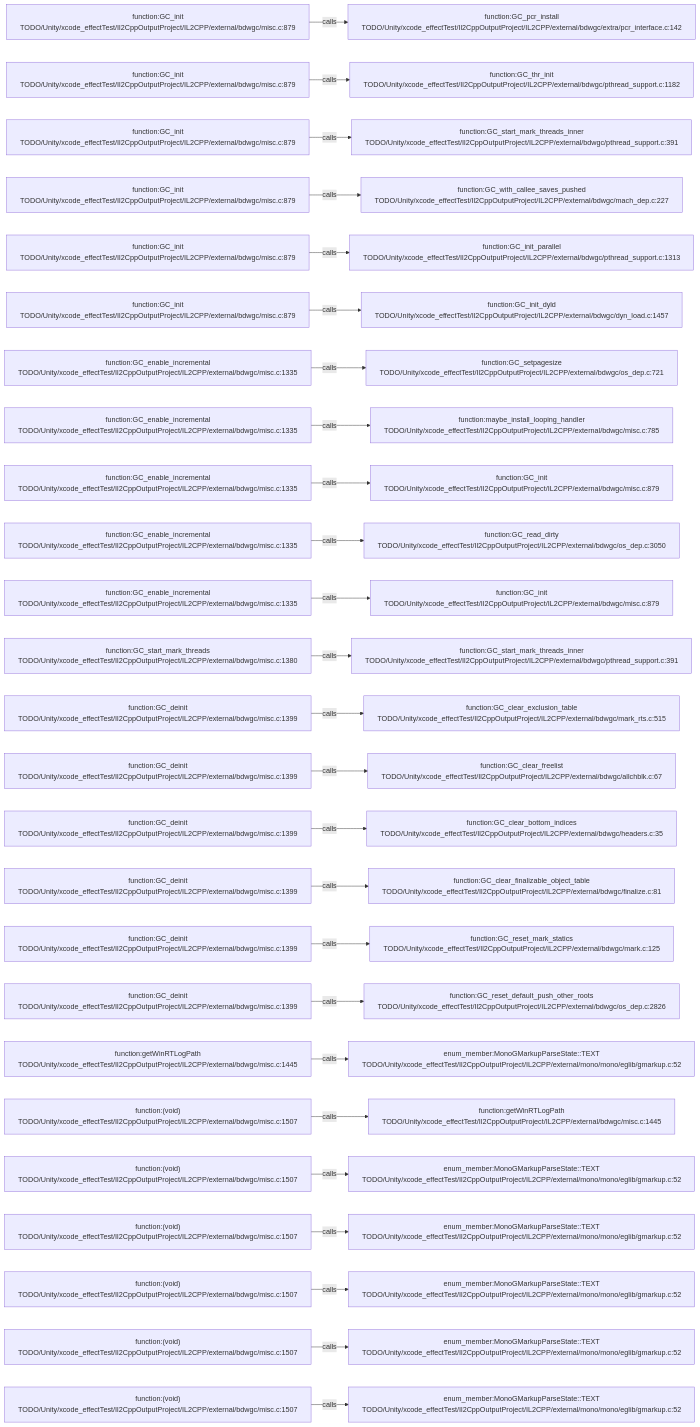
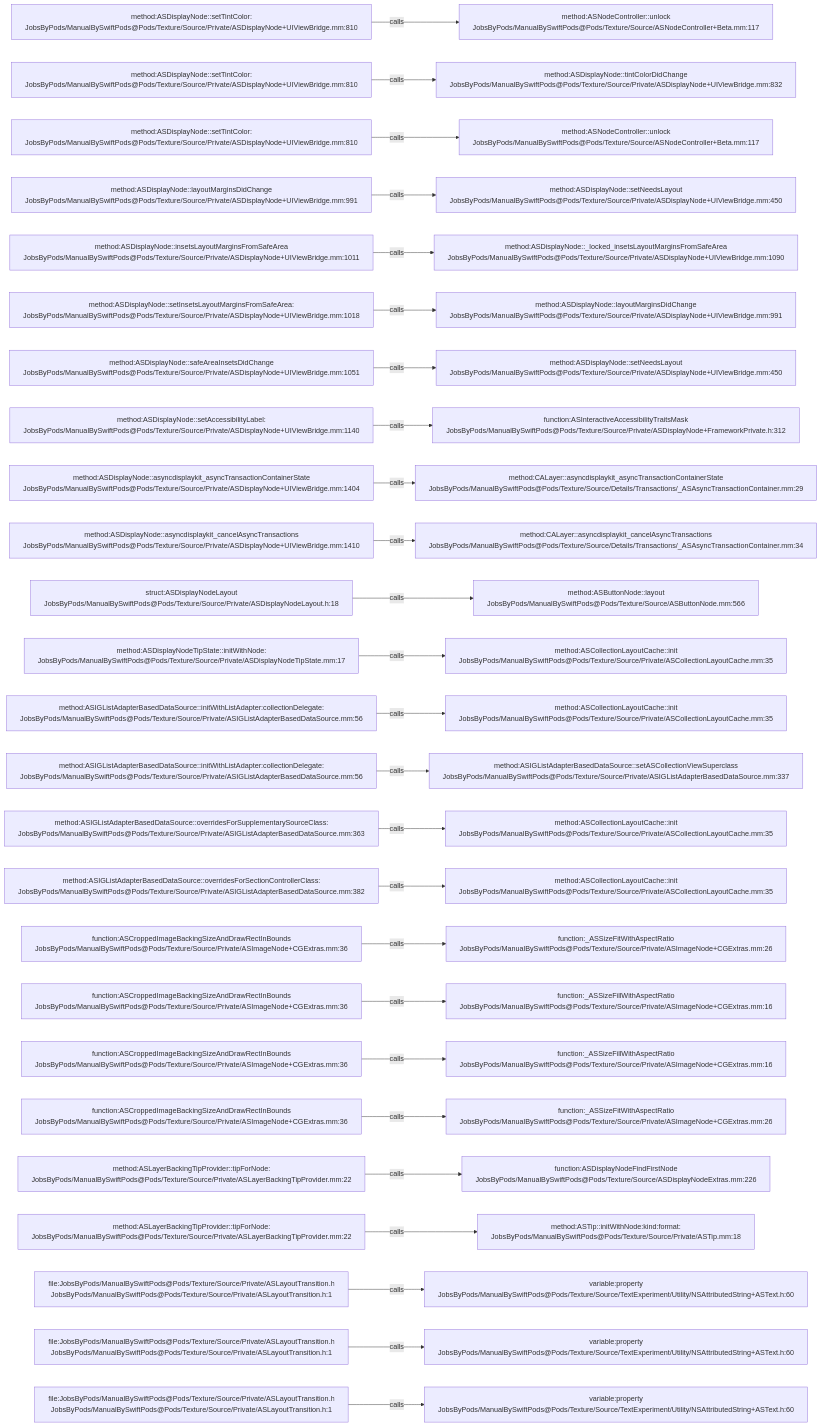
One commit to JobsKits/JobsSwiftBaseConfigDemo changed the diagram in .codegraph/codegraph.md/graphs/calls-139.md. Above: the diagram before and after it, drawn with Mermaid. The commit also changed 2959 other files, not shown here.

````diff
--- a/.codegraph/codegraph.md/graphs/calls-139.md
+++ b/.codegraph/codegraph.md/graphs/calls-139.md
@@ -13,78 +13,78 @@
 ```mermaid
 flowchart LR
-  S1["function:GC_init<br/>TODO/Unity/xcode_effectTest/Il2CppOutputProject/IL2CPP/external/bdwgc/misc.c:879"]
-  T1["function:GC_pcr_install<br/>TODO/Unity/xcode_effectTest/Il2CppOutputProject/IL2CPP/external/bdwgc/extra/pcr_interface.c:142"]
+  S1["method:ASDisplayNode::setTintColor:<br/>JobsByPods/ManualBySwiftPods@Pods/Texture/Source/Private/ASDisplayNode+UIViewBridge.mm:810"]
+  T1["method:ASNodeController::unlock<br/>JobsByPods/ManualBySwiftPods@Pods/Texture/Source/ASNodeController+Beta.mm:117"]
   S1 -->|calls| T1
-  S2["function:GC_init<br/>TODO/Unity/xcode_effectTest/Il2CppOutputProject/IL2CPP/external/bdwgc/misc.c:879"]
-  T2["function:GC_thr_init<br/>TODO/Unity/xcode_effectTest/Il2CppOutputProject/IL2CPP/external/bdwgc/pthread_support.c:1182"]
+  S2["method:ASDisplayNode::setTintColor:<br/>JobsByPods/ManualBySwiftPods@Pods/Texture/Source/Private/ASDisplayNode+UIViewBridge.mm:810"]
+  T2["method:ASDisplayNode::tintColorDidChange<br/>JobsByPods/ManualBySwiftPods@Pods/Texture/Source/Private/ASDisplayNode+UIViewBridge.mm:832"]
   S2 -->|calls| T2
-  S3["function:GC_init<br/>TODO/Unity/xcode_effectTest/Il2CppOutputProject/IL2CPP/external/bdwgc/misc.c:879"]
-  T3["function:GC_start_mark_threads_inner<br/>TODO/Unity/xcode_effectTest/Il2CppOutputProject/IL2CPP/external/bdwgc/pthread_support.c:391"]
+  S3["method:ASDisplayNode::setTintColor:<br/>JobsByPods/ManualBySwiftPods@Pods/Texture/Source/Private/ASDisplayNode+UIViewBridge.mm:810"]
+  T3["method:ASNodeController::unlock<br/>JobsByPods/ManualBySwiftPods@Pods/Texture/Source/ASNodeController+Beta.mm:117"]
   S3 -->|calls| T3
-  S4["function:GC_init<br/>TODO/Unity/xcode_effectTest/Il2CppOutputProject/IL2CPP/external/bdwgc/misc.c:879"]
-  T4["function:GC_with_callee_saves_pushed<br/>TODO/Unity/xcode_effectTest/Il2CppOutputProject/IL2CPP/external/bdwgc/mach_dep.c:227"]
+  S4["method:ASDisplayNode::layoutMarginsDidChange<br/>JobsByPods/ManualBySwiftPods@Pods/Texture/Source/Private/ASDisplayNode+UIViewBridge.mm:991"]
+  T4["method:ASDisplayNode::setNeedsLayout<br/>JobsByPods/ManualBySwiftPods@Pods/Texture/Source/Private/ASDisplayNode+UIViewBridge.mm:450"]
   S4 -->|calls| T4
-  S5["function:GC_init<br/>TODO/Unity/xcode_effectTest/Il2CppOutputProject/IL2CPP/external/bdwgc/misc.c:879"]
-  T5["function:GC_init_parallel<br/>TODO/Unity/xcode_effectTest/Il2CppOutputProject/IL2CPP/external/bdwgc/pthread_support.c:1313"]
+  S5["method:ASDisplayNode::insetsLayoutMarginsFromSafeArea<br/>JobsByPods/ManualBySwiftPods@Pods/Texture/Source/Private/ASDisplayNode+UIViewBridge.mm:1011"]
+  T5["method:ASDisplayNode::_locked_insetsLayoutMarginsFromSafeArea<br/>JobsByPods/ManualBySwiftPods@Pods/Texture/Source/Private/ASDisplayNode+UIViewBridge.mm:1090"]
   S5 -->|calls| T5
-  S6["function:GC_init<br/>TODO/Unity/xcode_effectTest/Il2CppOutputProject/IL2CPP/external/bdwgc/misc.c:879"]
-  T6["function:GC_init_dyld<br/>TODO/Unity/xcode_effectTest/Il2CppOutputProject/IL2CPP/external/bdwgc/dyn_load.c:1457"]
+  S6["method:ASDisplayNode::setInsetsLayoutMarginsFromSafeArea:<br/>JobsByPods/ManualBySwiftPods@Pods/Texture/Source/Private/ASDisplayNode+UIViewBridge.mm:1018"]
+  T6["method:ASDisplayNode::layoutMarginsDidChange<br/>JobsByPods/ManualBySwiftPods@Pods/Texture/Source/Private/ASDisplayNode+UIViewBridge.mm:991"]
   S6 -->|calls| T6
-  S7["function:GC_enable_incremental<br/>TODO/Unity/xcode_effectTest/Il2CppOutputProject/IL2CPP/external/bdwgc/misc.c:1335"]
-  T7["function:GC_setpagesize<br/>TODO/Unity/xcode_effectTest/Il2CppOutputProject/IL2CPP/external/bdwgc/os_dep.c:721"]
+  S7["method:ASDisplayNode::safeAreaInsetsDidChange<br/>JobsByPods/ManualBySwiftPods@Pods/Texture/Source/Private/ASDisplayNode+UIViewBridge.mm:1051"]
+  T7["method:ASDisplayNode::setNeedsLayout<br/>JobsByPods/ManualBySwiftPods@Pods/Texture/Source/Private/ASDisplayNode+UIViewBridge.mm:450"]
   S7 -->|calls| T7
-  S8["function:GC_enable_incremental<br/>TODO/Unity/xcode_effectTest/Il2CppOutputProject/IL2CPP/external/bdwgc/misc.c:1335"]
-  T8["function:maybe_install_looping_handler<br/>TODO/Unity/xcode_effectTest/Il2CppOutputProject/IL2CPP/external/bdwgc/misc.c:785"]
+  S8["method:ASDisplayNode::setAccessibilityLabel:<br/>JobsByPods/ManualBySwiftPods@Pods/Texture/Source/Private/ASDisplayNode+UIViewBridge.mm:1140"]
+  T8["function:ASInteractiveAccessibilityTraitsMask<br/>JobsByPods/ManualBySwiftPods@Pods/Texture/Source/Private/ASDisplayNode+FrameworkPrivate.h:312"]
   S8 -->|calls| T8
-  S9["function:GC_enable_incremental<br/>TODO/Unity/xcode_effectTest/Il2CppOutputProject/IL2CPP/external/bdwgc/misc.c:1335"]
-  T9["function:GC_init<br/>TODO/Unity/xcode_effectTest/Il2CppOutputProject/IL2CPP/external/bdwgc/misc.c:879"]
+  S9["method:ASDisplayNode::asyncdisplaykit_asyncTransactionContainerState<br/>JobsByPods/ManualBySwiftPods@Pods/Texture/Source/Private/ASDisplayNode+UIViewBridge.mm:1404"]
+  T9["method:CALayer::asyncdisplaykit_asyncTransactionContainerState<br/>JobsByPods/ManualBySwiftPods@Pods/Texture/Source/Details/Transactions/_ASAsyncTransactionContainer.mm:29"]
   S9 -->|calls| T9
-  S10["function:GC_enable_incremental<br/>TODO/Unity/xcode_effectTest/Il2CppOutputProject/IL2CPP/external/bdwgc/misc.c:1335"]
-  T10["function:GC_read_dirty<br/>TODO/Unity/xcode_effectTest/Il2CppOutputProject/IL2CPP/external/bdwgc/os_dep.c:3050"]
+  S10["method:ASDisplayNode::asyncdisplaykit_cancelAsyncTransactions<br/>JobsByPods/ManualBySwiftPods@Pods/Texture/Source/Private/ASDisplayNode+UIViewBridge.mm:1410"]
+  T10["method:CALayer::asyncdisplaykit_cancelAsyncTransactions<br/>JobsByPods/ManualBySwiftPods@Pods/Texture/Source/Details/Transactions/_ASAsyncTransactionContainer.mm:34"]
   S10 -->|calls| T10
-  S11["function:GC_enable_incremental<br/>TODO/Unity/xcode_effectTest/Il2CppOutputProject/IL2CPP/external/bdwgc/misc.c:1335"]
-  T11["function:GC_init<br/>TODO/Unity/xcode_effectTest/Il2CppOutputProject/IL2CPP/external/bdwgc/misc.c:879"]
+  S11["struct:ASDisplayNodeLayout<br/>JobsByPods/ManualBySwiftPods@Pods/Texture/Source/Private/ASDisplayNodeLayout.h:18"]
+  T11["method:ASButtonNode::layout<br/>JobsByPods/ManualBySwiftPods@Pods/Texture/Source/ASButtonNode.mm:566"]
   S11 -->|calls| T11
-  S12["function:GC_start_mark_threads<br/>TODO/Unity/xcode_effectTest/Il2CppOutputProject/IL2CPP/external/bdwgc/misc.c:1380"]
-  T12["function:GC_start_mark_threads_inner<br/>TODO/Unity/xcode_effectTest/Il2CppOutputProject/IL2CPP/external/bdwgc/pthread_support.c:391"]
+  S12["method:ASDisplayNodeTipState::initWithNode:<br/>JobsByPods/ManualBySwiftPods@Pods/Texture/Source/Private/ASDisplayNodeTipState.mm:17"]
+  T12["method:ASCollectionLayoutCache::init<br/>JobsByPods/ManualBySwiftPods@Pods/Texture/Source/Private/ASCollectionLayoutCache.mm:35"]
   S12 -->|calls| T12
-  S13["function:GC_deinit<br/>TODO/Unity/xcode_effectTest/Il2CppOutputProject/IL2CPP/external/bdwgc/misc.c:1399"]
-  T13["function:GC_clear_exclusion_table<br/>TODO/Unity/xcode_effectTest/Il2CppOutputProject/IL2CPP/external/bdwgc/mark_rts.c:515"]
+  S13["method:ASIGListAdapterBasedDataSource::initWithListAdapter:collectionDelegate:<br/>JobsByPods/ManualBySwiftPods@Pods/Texture/Source/Private/ASIGListAdapterBasedDataSource.mm:56"]
+  T13["method:ASCollectionLayoutCache::init<br/>JobsByPods/ManualBySwiftPods@Pods/Texture/Source/Private/ASCollectionLayoutCache.mm:35"]
   S13 -->|calls| T13
-  S14["function:GC_deinit<br/>TODO/Unity/xcode_effectTest/Il2CppOutputProject/IL2CPP/external/bdwgc/misc.c:1399"]
-  T14["function:GC_clear_freelist<br/>TODO/Unity/xcode_effectTest/Il2CppOutputProject/IL2CPP/external/bdwgc/allchblk.c:67"]
+  S14["method:ASIGListAdapterBasedDataSource::initWithListAdapter:collectionDelegate:<br/>JobsByPods/ManualBySwiftPods@Pods/Texture/Source/Private/ASIGListAdapterBasedDataSource.mm:56"]
+  T14["method:ASIGListAdapterBasedDataSource::setASCollectionViewSuperclass<br/>JobsByPods/ManualBySwiftPods@Pods/Texture/Source/Private/ASIGListAdapterBasedDataSource.mm:337"]
   S14 -->|calls| T14
-  S15["function:GC_deinit<br/>TODO/Unity/xcode_effectTest/Il2CppOutputProject/IL2CPP/external/bdwgc/misc.c:1399"]
-  T15["function:GC_clear_bottom_indices<br/>TODO/Unity/xcode_effectTest/Il2CppOutputProject/IL2CPP/external/bdwgc/headers.c:35"]
+  S15["method:ASIGListAdapterBasedDataSource::overridesForSupplementarySourceClass:<br/>JobsByPods/ManualBySwiftPods@Pods/Texture/Source/Private/ASIGListAdapterBasedDataSource.mm:363"]
+  T15["method:ASCollectionLayoutCache::init<br/>JobsByPods/ManualBySwiftPods@Pods/Texture/Source/Private/ASCollectionLayoutCache.mm:35"]
   S15 -->|calls| T15
-  S16["function:GC_deinit<br/>TODO/Unity/xcode_effectTest/Il2CppOutputProject/IL2CPP/external/bdwgc/misc.c:1399"]
-  T16["function:GC_clear_finalizable_object_table<br/>TODO/Unity/xcode_effectTest/Il2CppOutputProject/IL2CPP/external/bdwgc/finalize.c:81"]
+  S16["method:ASIGListAdapterBasedDataSource::overridesForSectionControllerClass:<br/>JobsByPods/ManualBySwiftPods@Pods/Texture/Source/Private/ASIGListAdapterBasedDataSource.mm:382"]
+  T16["method:ASCollectionLayoutCache::init<br/>JobsByPods/ManualBySwiftPods@Pods/Texture/Source/Private/ASCollectionLayoutCache.mm:35"]
   S16 -->|calls| T16
-  S17["function:GC_deinit<br/>TODO/Unity/xcode_effectTest/Il2CppOutputProject/IL2CPP/external/bdwgc/misc.c:1399"]
-  T17["function:GC_reset_mark_statics<br/>TODO/Unity/xcode_effectTest/Il2CppOutputProject/IL2CPP/external/bdwgc/mark.c:125"]
+  S17["function:ASCroppedImageBackingSizeAndDrawRectInBounds<br/>JobsByPods/ManualBySwiftPods@Pods/Texture/Source/Private/ASImageNode+CGExtras.mm:36"]
+  T17["function:_ASSizeFitWithAspectRatio<br/>JobsByPods/ManualBySwiftPods@Pods/Texture/Source/Private/ASImageNode+CGExtras.mm:26"]
   S17 -->|calls| T17
-  S18["function:GC_deinit<br/>TODO/Unity/xcode_effectTest/Il2CppOutputProject/IL2CPP/external/bdwgc/misc.c:1399"]
-  T18["function:GC_reset_default_push_other_roots<br/>TODO/Unity/xcode_effectTest/Il2CppOutputProject/IL2CPP/external/bdwgc/os_dep.c:2826"]
+  S18["function:ASCroppedImageBackingSizeAndDrawRectInBounds<br/>JobsByPods/ManualBySwiftPods@Pods/Texture/Source/Private/ASImageNode+CGExtras.mm:36"]
+  T18["function:_ASSizeFillWithAspectRatio<br/>JobsByPods/ManualBySwiftPods@Pods/Texture/Source/Private/ASImageNode+CGExtras.mm:16"]
   S18 -->|calls| T18
-  S19["function:getWinRTLogPath<br/>TODO/Unity/xcode_effectTest/Il2CppOutputProject/IL2CPP/external/bdwgc/misc.c:1445"]
-  T19["enum_member:MonoGMarkupParseState::TEXT<br/>TODO/Unity/xcode_effectTest/Il2CppOutputProject/IL2CPP/external/mono/mono/eglib/gmarkup.c:52"]
+  S19["function:ASCroppedImageBackingSizeAndDrawRectInBounds<br/>JobsByPods/ManualBySwiftPods@Pods/Texture/Source/Private/ASImageNode+CGExtras.mm:36"]
+  T19["function:_ASSizeFillWithAspectRatio<br/>JobsByPods/ManualBySwiftPods@Pods/Texture/Source/Private/ASImageNode+CGExtras.mm:16"]
   S19 -->|calls| T19
-  S20["function:(void)<br/>TODO/Unity/xcode_effectTest/Il2CppOutputProject/IL2CPP/external/bdwgc/misc.c:1507"]
-  T20["function:getWinRTLogPath<br/>TODO/Unity/xcode_effectTest/Il2CppOutputProject/IL2CPP/external/bdwgc/misc.c:1445"]
+  S20["function:ASCroppedImageBackingSizeAndDrawRectInBounds<br/>JobsByPods/ManualBySwiftPods@Pods/Texture/Source/Private/ASImageNode+CGExtras.mm:36"]
+  T20["function:_ASSizeFitWithAspectRatio<br/>JobsByPods/ManualBySwiftPods@Pods/Texture/Source/Private/ASImageNode+CGExtras.mm:26"]
   S20 -->|calls| T20
-  S21["function:(void)<br/>TODO/Unity/xcode_effectTest/Il2CppOutputProject/IL2CPP/external/bdwgc/misc.c:1507"]
-  T21["enum_member:MonoGMarkupParseState::TEXT<br/>TODO/Unity/xcode_effectTest/Il2CppOutputProject/IL2CPP/external/mono/mono/eglib/gmarkup.c:52"]
+  S21["method:ASLayerBackingTipProvider::tipForNode:<br/>JobsByPods/ManualBySwiftPods@Pods/Texture/Source/Private/ASLayerBackingTipProvider.mm:22"]
+  T21["function:ASDisplayNodeFindFirstNode<br/>JobsByPods/ManualBySwiftPods@Pods/Texture/Source/ASDisplayNodeExtras.mm:226"]
   S21 -->|calls| T21
-  S22["function:(void)<br/>TODO/Unity/xcode_effectTest/Il2CppOutputProject/IL2CPP/external/bdwgc/misc.c:1507"]
-  T22["enum_member:MonoGMarkupParseState::TEXT<br/>TODO/Unity/xcode_effectTest/Il2CppOutputProject/IL2CPP/external/mono/mono/eglib/gmarkup.c:52"]
+  S22["method:ASLayerBackingTipProvider::tipForNode:<br/>JobsByPods/ManualBySwiftPods@Pods/Texture/Source/Private/ASLayerBackingTipProvider.mm:22"]
+  T22["method:ASTip::initWithNode:kind:format:<br/>JobsByPods/ManualBySwiftPods@Pods/Texture/Source/Private/ASTip.mm:18"]
   S22 -->|calls| T22
-  S23["function:(void)<br/>TODO/Unity/xcode_effectTest/Il2CppOutputProject/IL2CPP/external/bdwgc/misc.c:1507"]
-  T23["enum_member:MonoGMarkupParseState::TEXT<br/>TODO/Unity/xcode_effectTest/Il2CppOutputProject/IL2CPP/external/mono/mono/eglib/gmarkup.c:52"]
+  S23["file:JobsByPods/ManualBySwiftPods@Pods/Texture/Source/Private/ASLayoutTransition.h<br/>JobsByPods/ManualBySwiftPods@Pods/Texture/Source/Private/ASLayoutTransition.h:1"]
+  T23["variable:property<br/>JobsByPods/ManualBySwiftPods@Pods/Texture/Source/TextExperiment/Utility/NSAttributedString+ASText.h:60"]
   S23 -->|calls| T23
-  S24["function:(void)<br/>TODO/Unity/xcode_effectTest/Il2CppOutputProject/IL2CPP/external/bdwgc/misc.c:1507"]
-  T24["enum_member:MonoGMarkupParseState::TEXT<br/>TODO/Unity/xcode_effectTest/Il2CppOutputProject/IL2CPP/external/mono/mono/eglib/gmarkup.c:52"]
+  S24["file:JobsByPods/ManualBySwiftPods@Pods/Texture/Source/Private/ASLayoutTransition.h<br/>JobsByPods/ManualBySwiftPods@Pods/Texture/Source/Private/ASLayoutTransition.h:1"]
+  T24["variable:property<br/>JobsByPods/ManualBySwiftPods@Pods/Texture/Source/TextExperiment/Utility/NSAttributedString+ASText.h:60"]
   S24 -->|calls| T24
-  S25["function:(void)<br/>TODO/Unity/xcode_effectTest/Il2CppOutputProject/IL2CPP/external/bdwgc/misc.c:1507"]
-  T25["enum_member:MonoGMarkupParseState::TEXT<br/>TODO/Unity/xcode_effectTest/Il2CppOutputProject/IL2CPP/external/mono/mono/eglib/gmarkup.c:52"]
+  S25["file:JobsByPods/ManualBySwiftPods@Pods/Texture/Source/Private/ASLayoutTransition.h<br/>JobsByPods/ManualBySwiftPods@Pods/Texture/Source/Private/ASLayoutTransition.h:1"]
+  T25["variable:property<br/>JobsByPods/ManualBySwiftPods@Pods/Texture/Source/TextExperiment/Utility/NSAttributedString+ASText.h:60"]
   S25 -->|calls| T25
 ```
````
